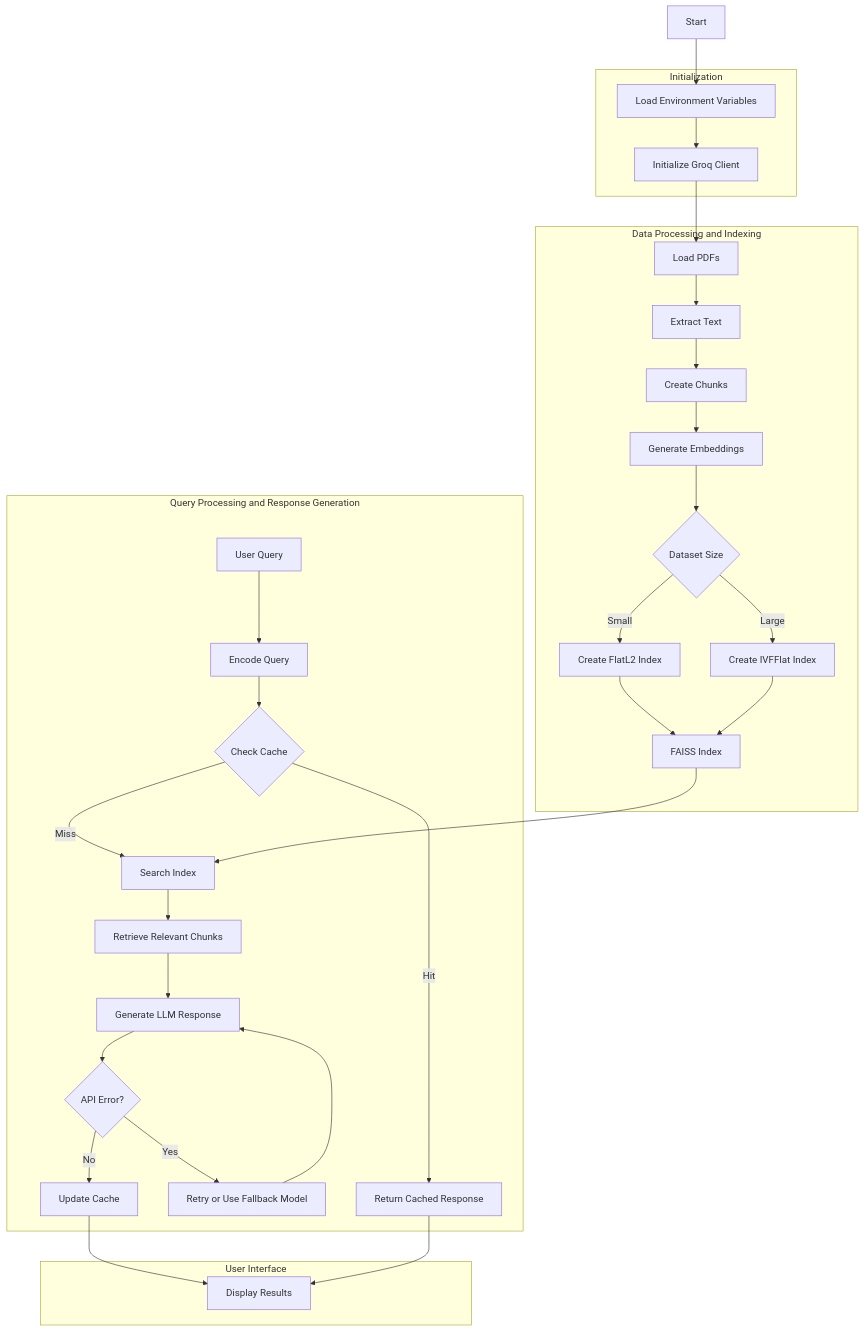
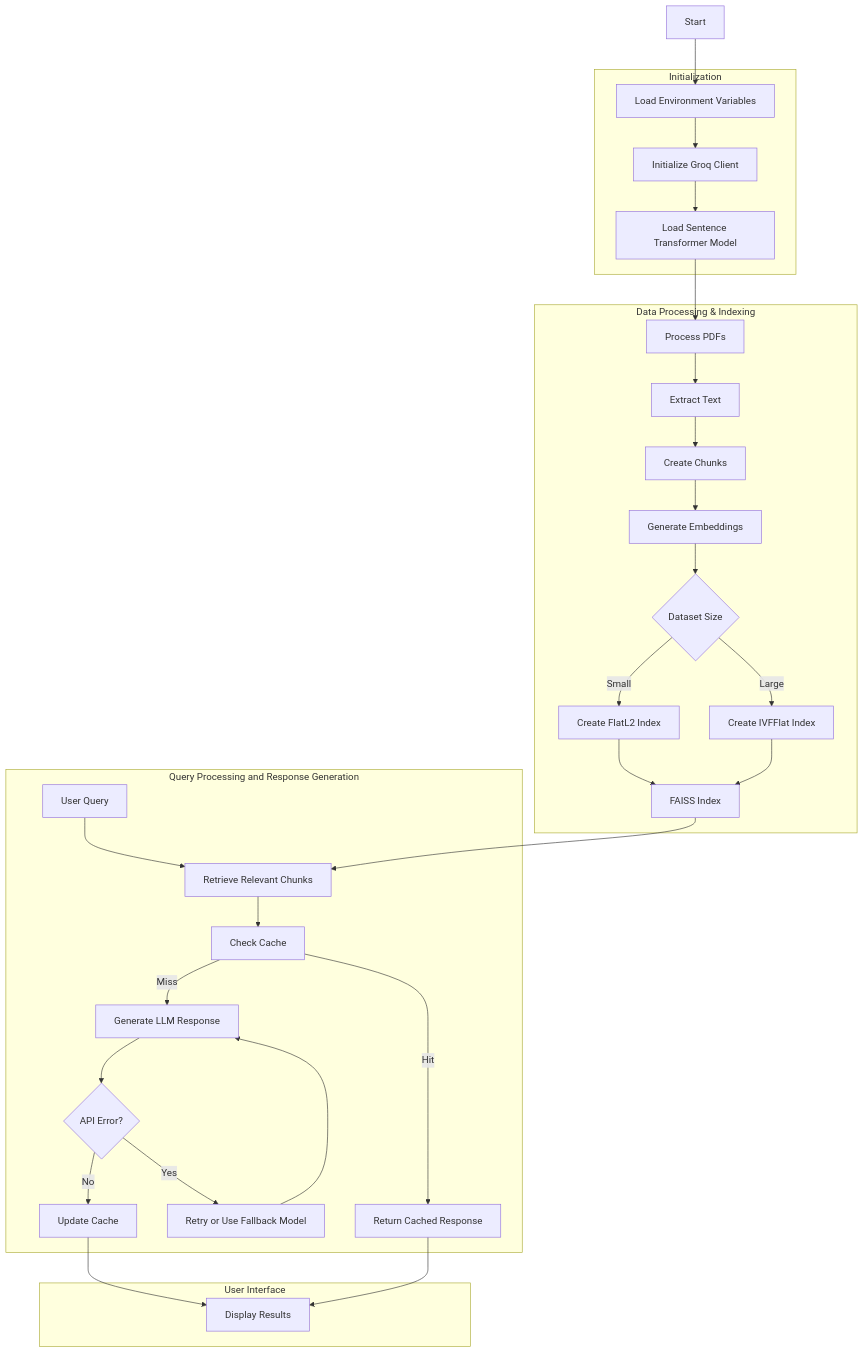
The second of 7 diagrams in readme.md (kanad13/RAGify), drawn with Mermaid before and after one commit. The commit also changed other lines of this file, not shown here.

Commit message:
mermaid diagrams updated

````diff
--- a/readme.md
+++ b/readme.md
@@ -193,60 +193,54 @@
 ```mermaid
 flowchart TD
     A[Start] --> B[Load Environment Variables]
     B --> C[Initialize Groq Client]
-    C --> D[Load PDFs]
-    D --> E[Extract Text]
-    E --> F[Create Chunks]
-    F --> G[Generate Embeddings]
-    G --> H{Dataset Size}
-    H -- Small --> I[Create FlatL2 Index]
-    H -- Large --> J[Create IVFFlat Index]
-    I --> K[FAISS Index]
-    J --> K
-    L[User Query] --> M[Encode Query]
-    M --> N{Check Cache}
-    N -- Hit --> O[Return Cached Response]
-    N -- Miss --> P[Search Index]
-    K --> P
-    P --> Q[Retrieve Relevant Chunks]
-    Q --> R[Generate LLM Response]
-    R --> S{API Error?}
-    S -- Yes --> T[Retry or Use Fallback Model]
-    T --> R
-    S -- No --> U[Update Cache]
-    U --> V[Display Results]
-    O --> V
-
+    C --> D[Load Sentence Transformer Model]
+    D --> E[Process PDFs]
+    E --> F[Extract Text]
+    F --> G[Create Chunks]
+    G --> H[Generate Embeddings]
+    H --> I{Dataset Size}
+    I -- Small --> J[Create FlatL2 Index]
+    I -- Large --> K[Create IVFFlat Index]
+    J --> L[FAISS Index]
+    K --> L
+    M[User Query] --> N[Retrieve Relevant Chunks]
+    L --> N
+    N --> O[Check Cache]
+    O -- Hit --> P[Return Cached Response]
+    O -- Miss --> Q[Generate LLM Response]
+    Q --> R{API Error?}
+    R -- Yes --> S[Retry or Use Fallback Model]
+    S --> Q
+    R -- No --> T[Update Cache]
+    T --> U[Display Results]
+    P --> U
     subgraph "Initialization"
         B
         C
+        D
     end
-
-    subgraph "Data Processing and Indexing"
-        D
+    subgraph "Data Processing & Indexing"
         E
         F
         G
         H
         I
         J
         K
+        L
     end
-
     subgraph "Query Processing and Response Generation"
-        L
         M
         N
         O
         P
         Q
         R
         S
         T
+    end
+    subgraph "User Interface"
         U
     end
-
-    subgraph "User Interface"
-        V
-    end
 ```
````
